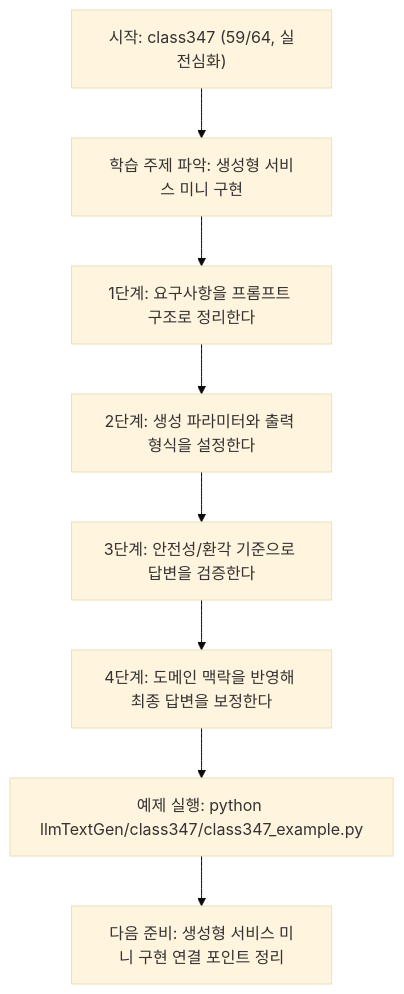
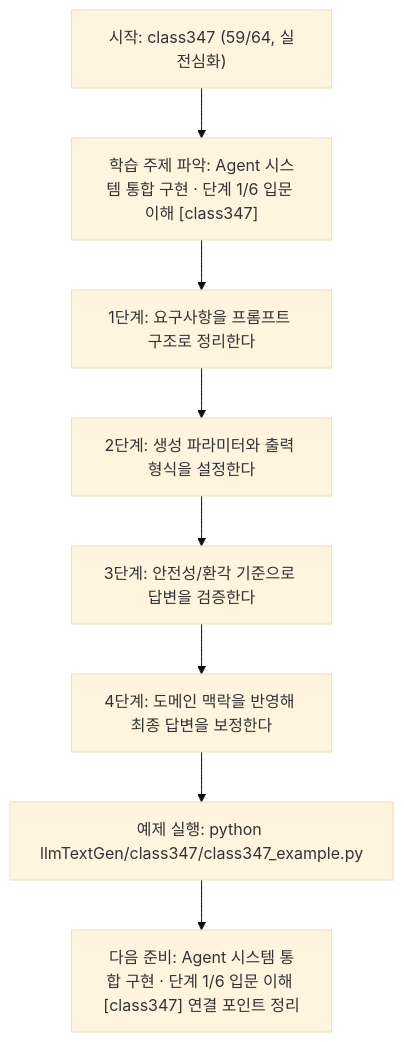
One commit to edumgt/Python-AI_Agent-Class changed the diagram in llmTextGen/class347/class347.md. Above: the diagram before and after it, drawn with Mermaid (base theme). The commit also changed other lines of this file and 522 other files, not shown here.

````diff
--- a/llmTextGen/class347/class347.md
+++ b/llmTextGen/class347/class347.md
@@ -114,18 +115,18 @@
 ```mermaid
 flowchart TD
 N1["시작: class347 (59/64, 실전심화)"]
-N2["학습 주제 파악: 생성형 서비스 미니 구현"]
+N2["학습 주제 파악: Agent 시스템 통합 구현 · 단계 1/6 입문 이해 [class347]"]
 N3["1단계: 요구사항을 프롬프트 구조로 정리한다"]
 N4["2단계: 생성 파라미터와 출력 형식을 설정한다"]
 N5["3단계: 안전성/환각 기준으로 답변을 검증한다"]
 N6["4단계: 도메인 맥락을 반영해 최종 답변을 보정한다"]
 N7["예제 실행: python llmTextGen/class347/class347_example.py"]
-N8["다음 준비: 생성형 서비스 미니 구현 연결 포인트 정리"]
+N8["다음 준비: Agent 시스템 통합 구현 · 단계 1/6 입문 이해 [class347] 연결 포인트 정리"]
 N1 --> N2
 N2 --> N3
 N3 --> N4
 N4 --> N5
 N5 --> N6
 N6 --> N7
 N7 --> N8
 ```
````
